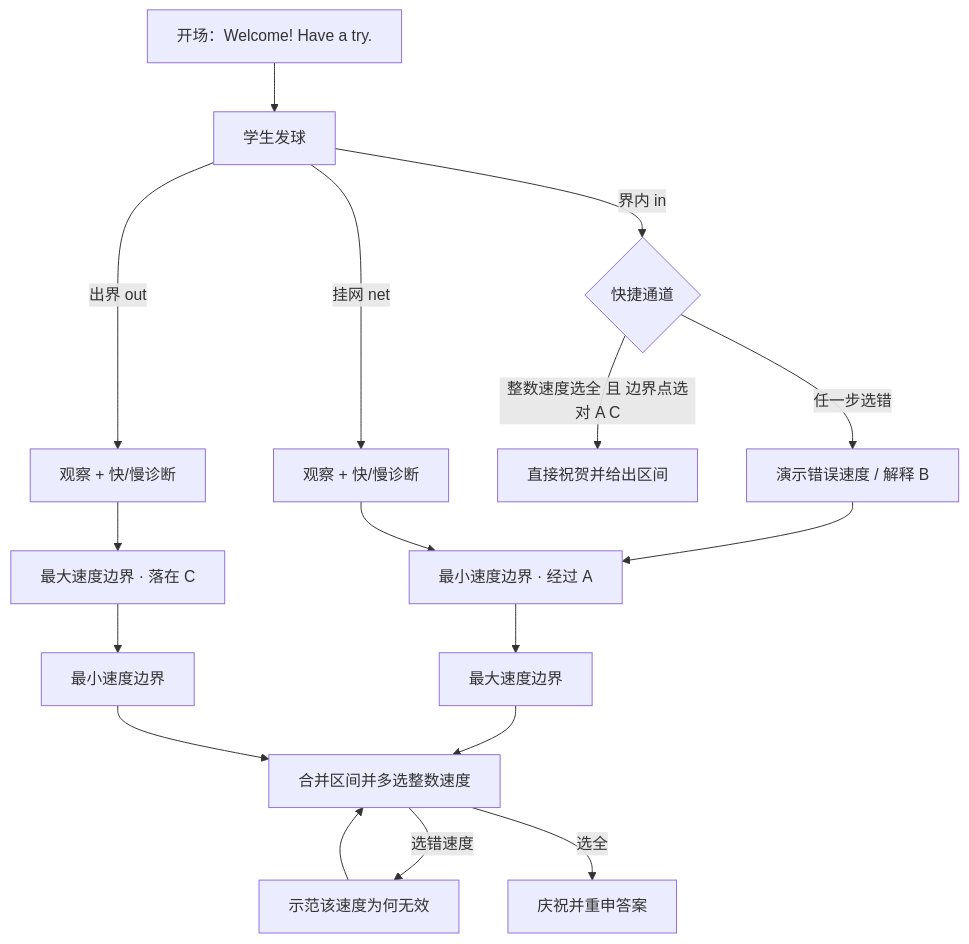
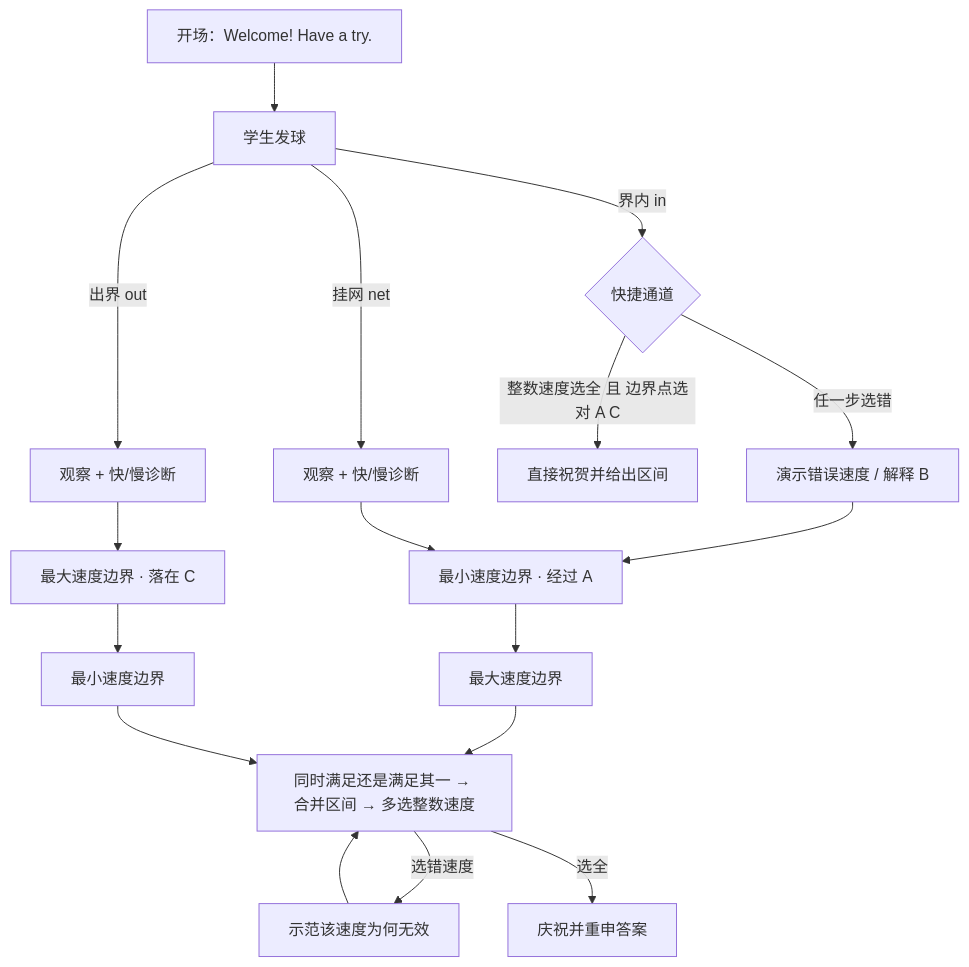
The diagram in labs/volleyball-serve/COACH_DIALOGUE.md (broshu/phylab.uk), drawn with Mermaid before and after one commit. The commit also changed other lines of this file and 14 other files, not shown here.

````diff
--- a/labs/volleyball-serve/COACH_DIALOGUE.md
+++ b/labs/volleyball-serve/COACH_DIALOGUE.md
@@ -39,21 +39,21 @@
 ```mermaid
 flowchart TD
     Start[开场：Welcome! Have a try.] --> Serve[学生发球]
 
     Serve -->|挂网 net| Net[观察 + 快/慢诊断]
     Serve -->|出界 out| Out[观察 + 快/慢诊断]
     Serve -->|界内 in| Fast{快捷通道}
 
     Fast -->|整数速度选全 且 边界点选对 A C| Done[直接祝贺并给出区间]
     Fast -->|任一步选错| Explain[演示错误速度 / 解释 B] --> MinFirst
 
     Net --> MinFirst[最小速度边界 · 经过 A]
     Out --> MaxFirst[最大速度边界 · 落在 C]
 
     MinFirst --> MaxRest[最大速度边界]
     MaxFirst --> MinRest[最小速度边界]
-    MaxRest --> Final[合并区间并多选整数速度]
+    MaxRest --> Final[同时满足还是满足其一 → 合并区间 → 多选整数速度]
     MinRest --> Final
     Final -->|选错速度| Test[示范该速度为何无效] --> Final
     Final -->|选全| Complete[庆祝并重申答案]
 ```
````
